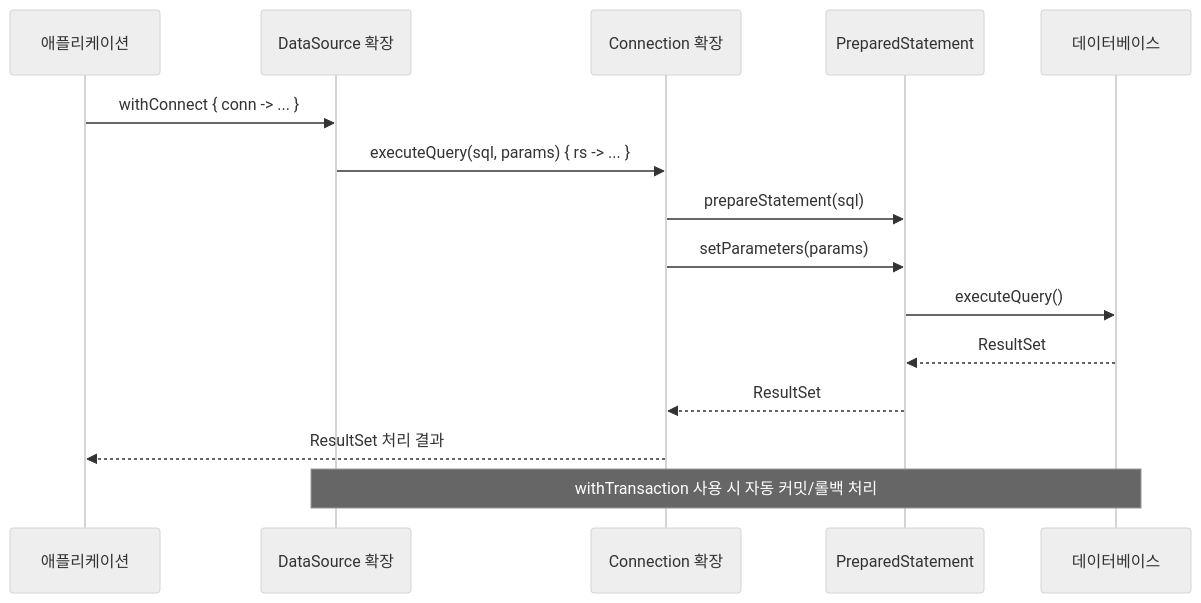
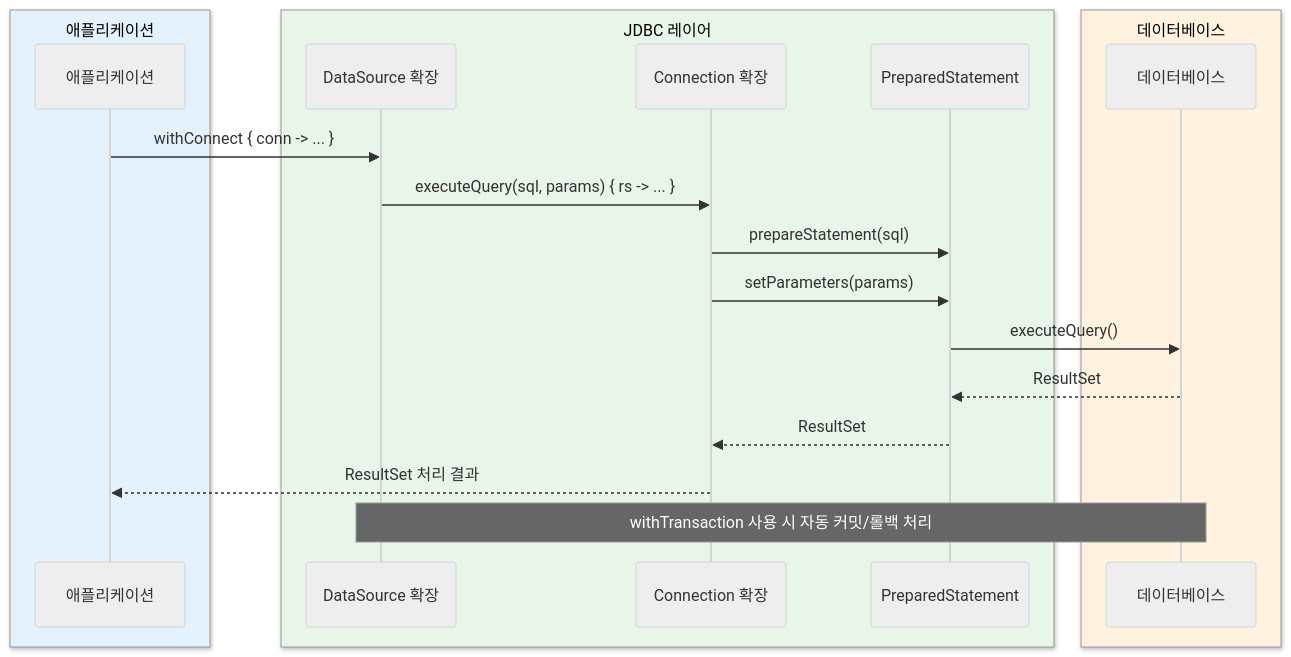
One commit to bluetape4k/bluetape4k-projects changed the third of 3 diagrams in data/jdbc/README.ko.md. Above: the diagram before and after it, drawn with Mermaid (neutral theme). The commit also changed other lines of this file and 221 other files, not shown here.

First line of the commit message:
docs: 전체 모듈 README UML 다이어그램 보강 및 색상 업그레이드

````diff
--- a/data/jdbc/README.ko.md
+++ b/data/jdbc/README.ko.md
@@ -540,19 +546,25 @@
 ```mermaid
 sequenceDiagram
-    participant App as 애플리케이션
-    participant DS as DataSource 확장
-    participant Conn as Connection 확장
-    participant PS as PreparedStatement
-    participant DB as 데이터베이스
+    box rgb(227, 242, 253) 애플리케이션
+        participant App as 애플리케이션
+    end
+    box rgb(232, 245, 233) JDBC 레이어
+        participant DS as DataSource 확장
+        participant Conn as Connection 확장
+        participant PS as PreparedStatement
+    end
+    box rgb(255, 243, 224) 데이터베이스
+        participant DB as 데이터베이스
+    end
 
     App->>DS: withConnect { conn -> ... }
     DS->>Conn: executeQuery(sql, params) { rs -> ... }
     Conn->>PS: prepareStatement(sql)
     Conn->>PS: setParameters(params)
     PS->>DB: executeQuery()
     DB-->>PS: ResultSet
     PS-->>Conn: ResultSet
     Conn-->>App: ResultSet 처리 결과
 
     Note over DS,DB: withTransaction 사용 시 자동 커밋/롤백 처리
 ```
````
